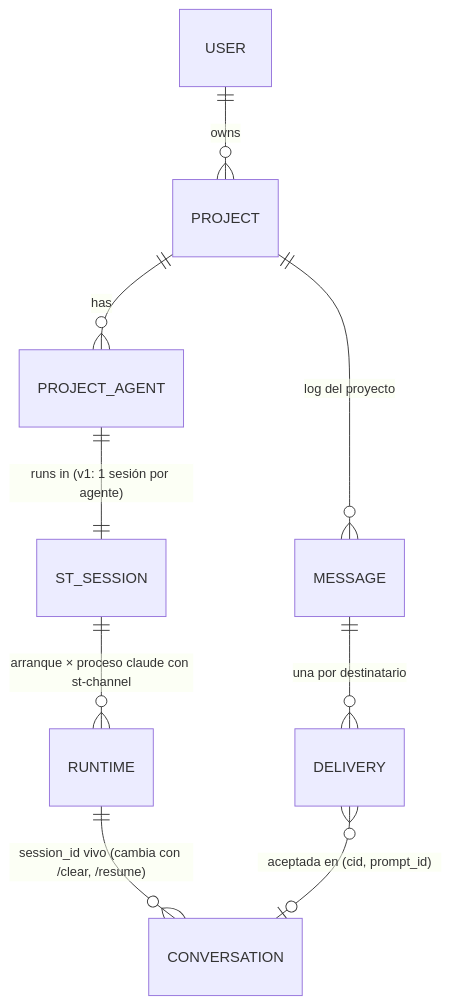
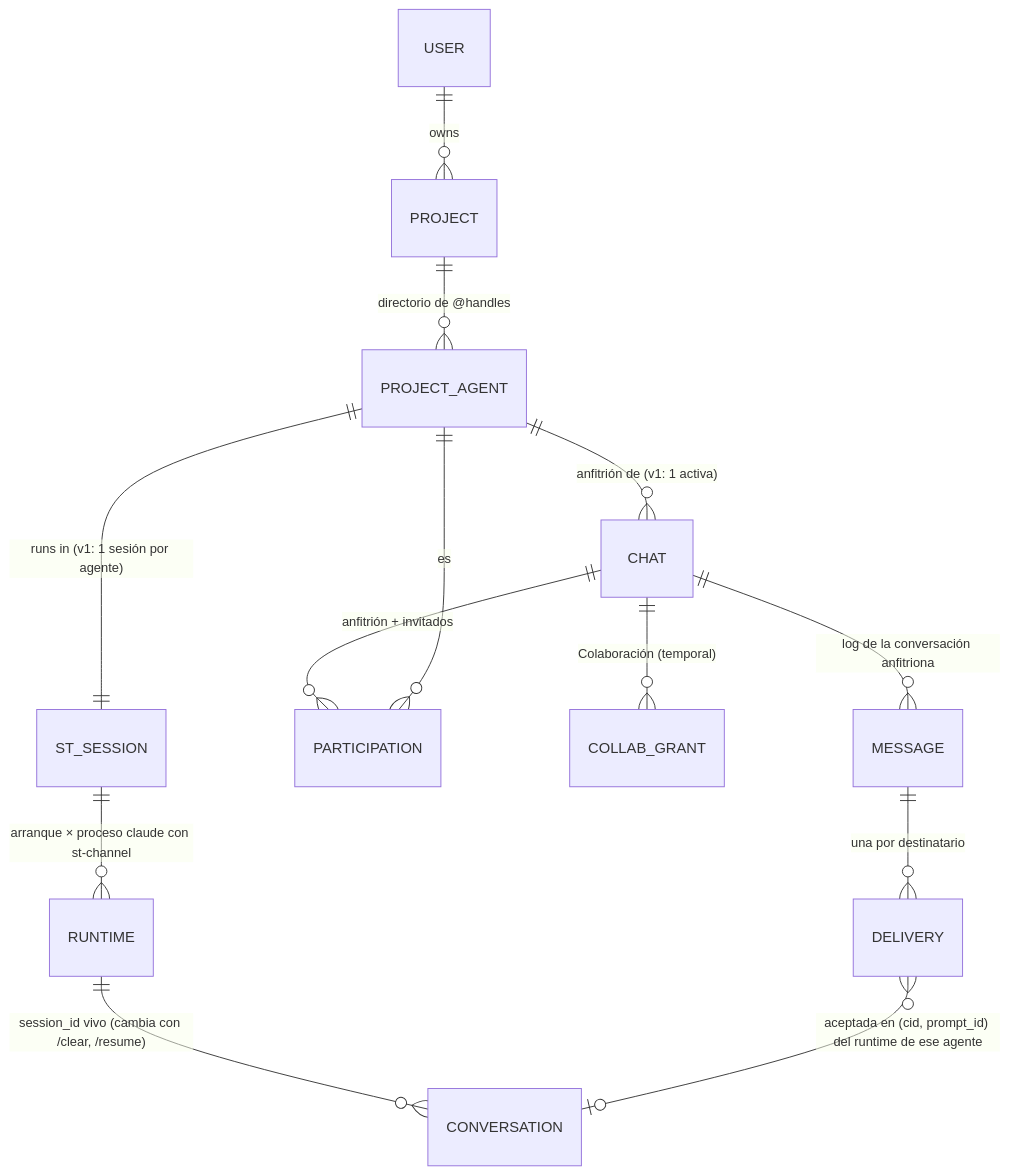
Before and after one commit to gatof81/shared-terminal: the second of 3 diagrams in docs/design/project-chat/02-architecture-rfc.md, drawn with Mermaid. The commit also changed other lines of this file and 6 other files, not shown here.

Commit message:
docs(design): apply owner decisions D1–D6 (R10–R15) — per-agent host conversation with temporary guests, explicit Collaboration mode, provider-neutral model; 08 kept as decision record

````diff
--- a/docs/design/project-chat/02-architecture-rfc.md
+++ b/docs/design/project-chat/02-architecture-rfc.md
@@ -178,11 +185,15 @@
 ```mermaid
 erDiagram
   USER ||--o{ PROJECT : owns
-  PROJECT ||--o{ PROJECT_AGENT : has
+  PROJECT ||--o{ PROJECT_AGENT : "directorio de @handles"
   PROJECT_AGENT ||--|| ST_SESSION : "runs in (v1: 1 sesión por agente)"
+  PROJECT_AGENT ||--o{ CHAT : "anfitrión de (v1: 1 activa)"
+  CHAT ||--o{ PARTICIPATION : "anfitrión + invitados"
+  PARTICIPATION }o--|| PROJECT_AGENT : es
+  CHAT ||--o{ COLLAB_GRANT : "Colaboración (temporal)"
   ST_SESSION ||--o{ RUNTIME : "arranque × proceso claude con st-channel"
   RUNTIME ||--o{ CONVERSATION : "session_id vivo (cambia con /clear, /resume)"
-  PROJECT ||--o{ MESSAGE : "log del proyecto"
+  CHAT ||--o{ MESSAGE : "log de la conversación anfitriona"
   MESSAGE ||--o{ DELIVERY : "una por destinatario"
-  DELIVERY }o--o| CONVERSATION : "aceptada en (cid, prompt_id)"
+  DELIVERY }o--o| CONVERSATION : "aceptada en (cid, prompt_id) del runtime de ese agente"
 ```
````
